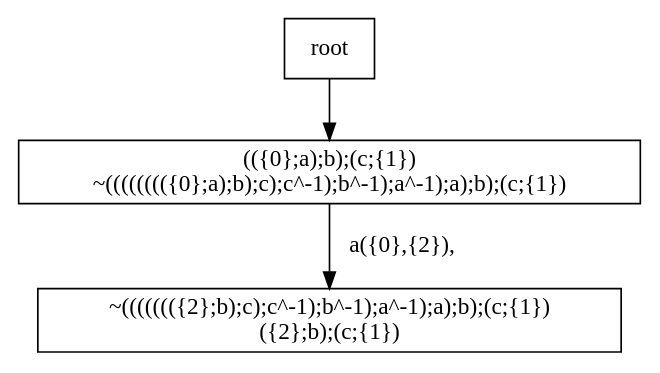
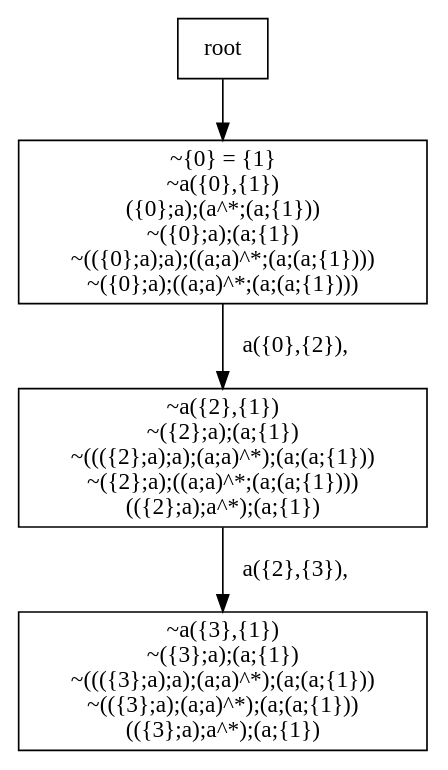
The diagram in output/regular-debug.dot (jangreen/rat), drawn with Graphviz before and after one commit. The commit also changed 33 other files, not shown here.

```diff
--- a/output/regular-debug.dot
+++ b/output/regular-debug.dot
@@ -1,12 +1,27 @@
 digraph {
 node[shape="box"]
-N0x1218049c0[label="(({0};a);b);(c;{1})
-~(((((((({0};a);b);c);c^-1);b^-1);a^-1);a);b);(c;{1})
+N0x13d6420c0[label="~{0} = {1}
+~a({0},{1})
+({0};a);(a^*;(a;{1}))
+~({0};a);(a;{1})
+~(({0};a);a);((a;a)^*;(a;(a;{1})))
+~({0};a);((a;a)^*;(a;(a;{1})))
 "];
-N0x1218049c0 -> N0x121809680[label="a({0},{2}), 
+N0x13d6420c0 -> N0x13d649910[label="a({0},{2}), 
 "];
-N0x121809680[label="~((((((({2};b);c);c^-1);b^-1);a^-1);a);b);(c;{1})
-({2};b);(c;{1})
+N0x13d649910[label="~a({2},{1})
+~({2};a);(a;{1})
+~((({2};a);a);(a;a)^*);(a;(a;{1}))
+~({2};a);((a;a)^*;(a;(a;{1})))
+(({2};a);a^*);(a;{1})
 "];
-root -> N0x1218049c0;
+N0x13d649910 -> N0x13d7156d0[label="a({2},{3}), 
+"];
+N0x13d7156d0[label="~a({3},{1})
+~({3};a);(a;{1})
+~((({3};a);a);(a;a)^*);(a;(a;{1}))
+~(({3};a);(a;a)^*);(a;(a;{1}))
+(({3};a);a^*);(a;{1})
+"];
+root -> N0x13d6420c0;
 }
```
